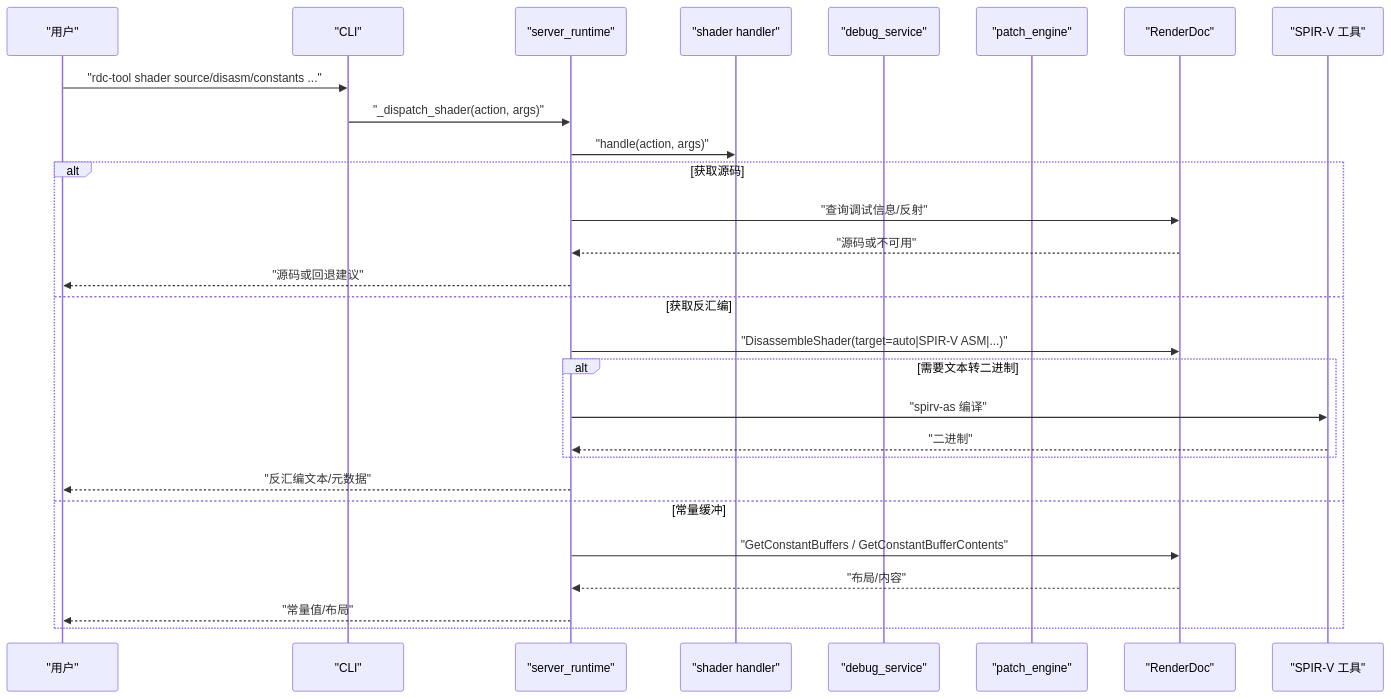
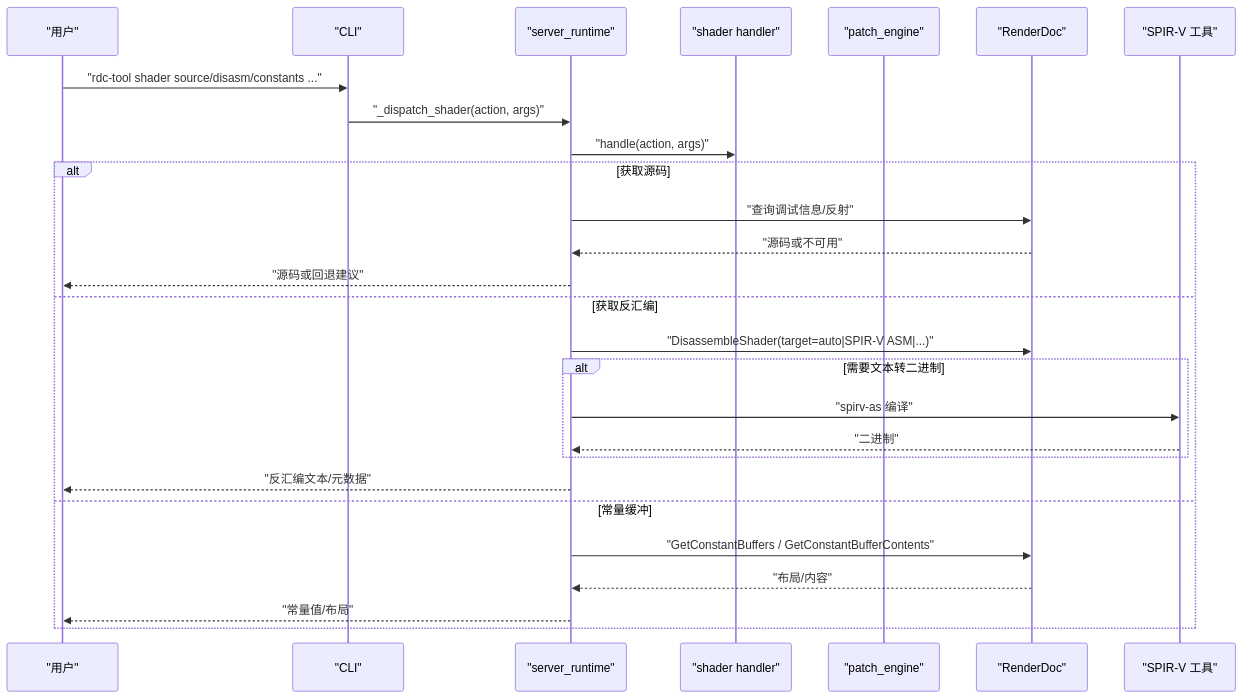
The second of 8 diagrams in .qoder/repowiki/zh/content/CLI参考手册/着色器调试命令.md (haolange/RDC-Tool), drawn with Mermaid before and after one commit. The commit also changed other lines of this file and 79 other files, not shown here.

````diff
--- a/.qoder/repowiki/zh/content/CLI参考手册/着色器调试命令.md
+++ b/.qoder/repowiki/zh/content/CLI参考手册/着色器调试命令.md
@@ -75,30 +75,29 @@
 ```mermaid
 sequenceDiagram
 participant U as "用户"
 participant CLI as "CLI"
 participant SR as "server_runtime"
 participant SH as "shader handler"
-participant DS as "debug_service"
 participant PE as "patch_engine"
 participant RD as "RenderDoc"
 participant SV as "SPIR-V 工具"
 U->>CLI : "rdc-tool shader source/disasm/constants ..."
 CLI->>SR : "_dispatch_shader(action, args)"
 SR->>SH : "handle(action, args)"
 alt 获取源码
 SR->>RD : "查询调试信息/反射"
 RD-->>SR : "源码或不可用"
 SR-->>U : "源码或回退建议"
 else 获取反汇编
 SR->>RD : "DisassembleShader(target=auto|SPIR-V ASM|...)"
 alt 需要文本转二进制
 SR->>SV : "spirv-as 编译"
 SV-->>SR : "二进制"
 end
 SR-->>U : "反汇编文本/元数据"
 else 常量缓冲
 SR->>RD : "GetConstantBuffers / GetConstantBufferContents"
 RD-->>SR : "布局/内容"
 SR-->>U : "常量值/布局"
 end
 ```
````
